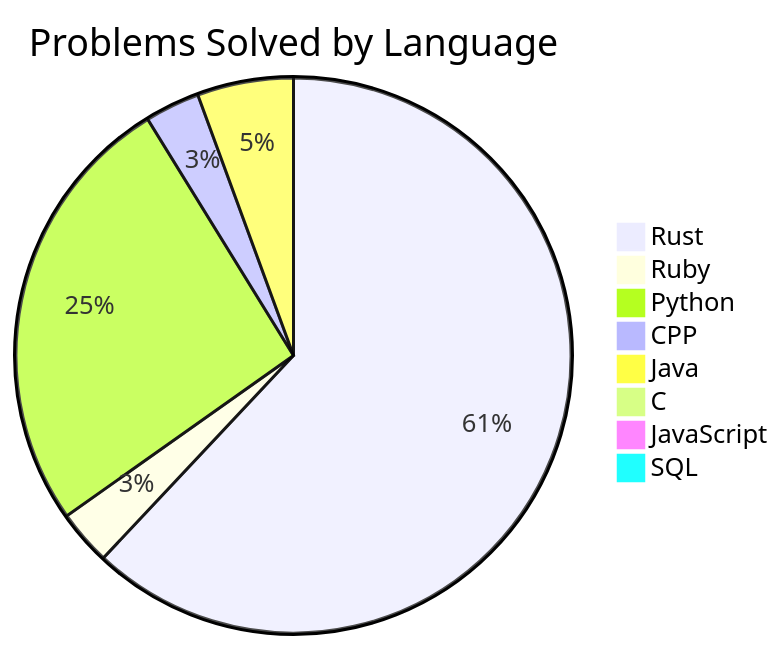
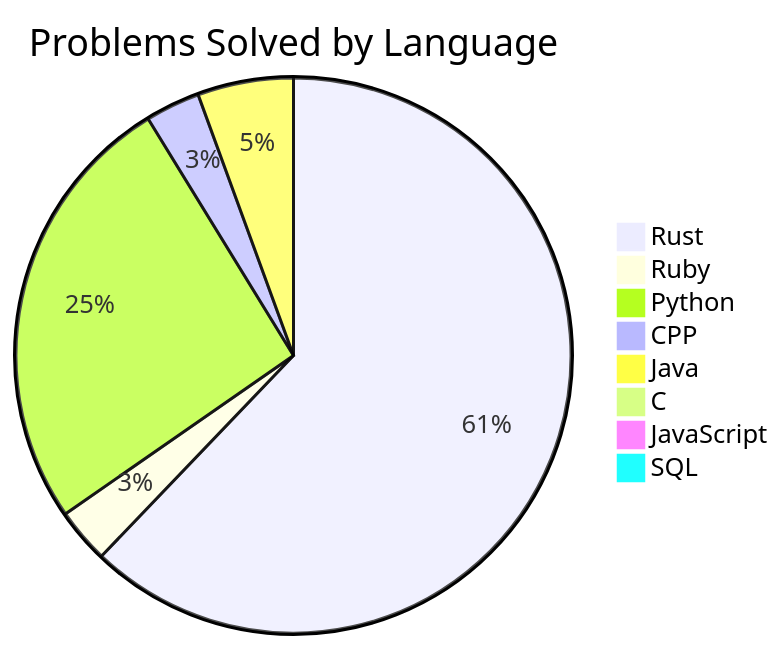
The second of 2 diagrams in README.md (Liam-Wirth/leetcode-solutions), drawn with Mermaid before and after one commit. The commit also changed other lines of this file and 5 other files, not shown here.

````diff
--- a/README.md
+++ b/README.md
@@ -47,11 +47,11 @@
 ```mermaid
 pie title Problems Solved by Language
-    "Rust": 155
+    "Rust": 156
     "Ruby": 8
     "Python": 65
     "CPP": 8
     "Java": 14
     "C": 1
     "JavaScript": 2
     "SQL": 2
 ```
````
